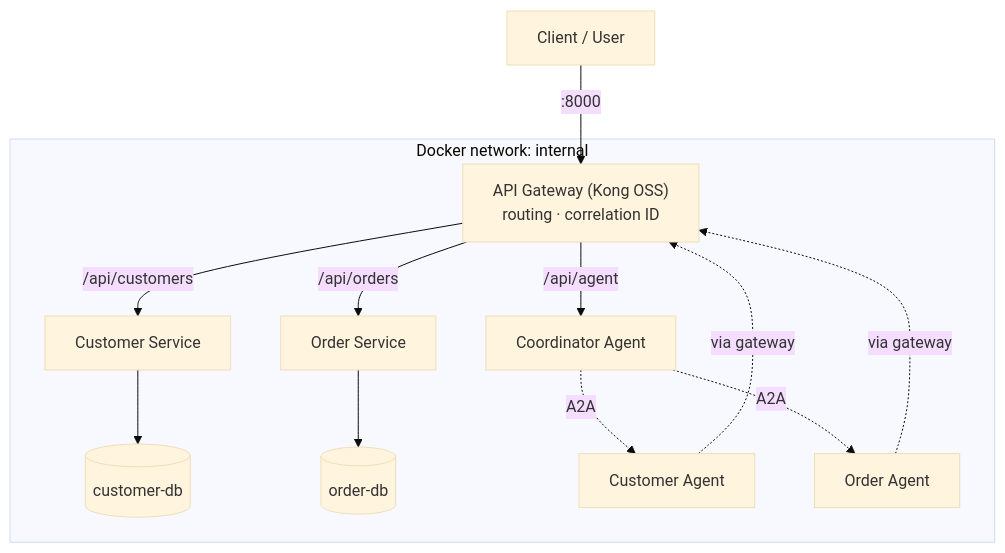
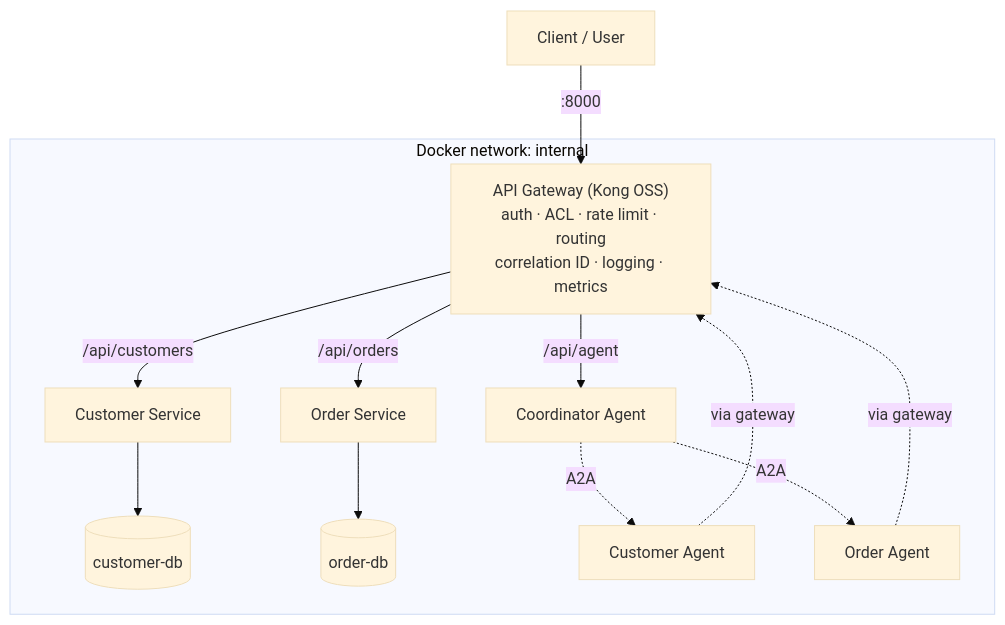
The diagram in README.md (Sycorax39/Partilon-Assessment), drawn with Mermaid (base theme) before and after one commit. The commit also changed other lines of this file and 12 other files, not shown here.

````diff
--- a/README.md
+++ b/README.md
@@ -11,17 +11,17 @@
 ```mermaid
 flowchart TD
     client[Client / User] -->|":8000"| gw
 
     subgraph platform[Docker network: internal]
-        gw["API Gateway (Kong OSS)<br/>routing · correlation ID"]
+        gw["API Gateway (Kong OSS)<br/>auth · ACL · rate limit · routing<br/>correlation ID · logging · metrics"]
         gw -->|/api/customers| cs[Customer Service]
         gw -->|/api/orders| os[Order Service]
         gw -->|/api/agent| co[Coordinator Agent]
         cs --> cdb[(customer-db)]
         os --> odb[(order-db)]
         co -.A2A.-> ca[Customer Agent]
         co -.A2A.-> oa[Order Agent]
         ca -.via gateway.-> gw
         oa -.via gateway.-> gw
     end
 ```
````
